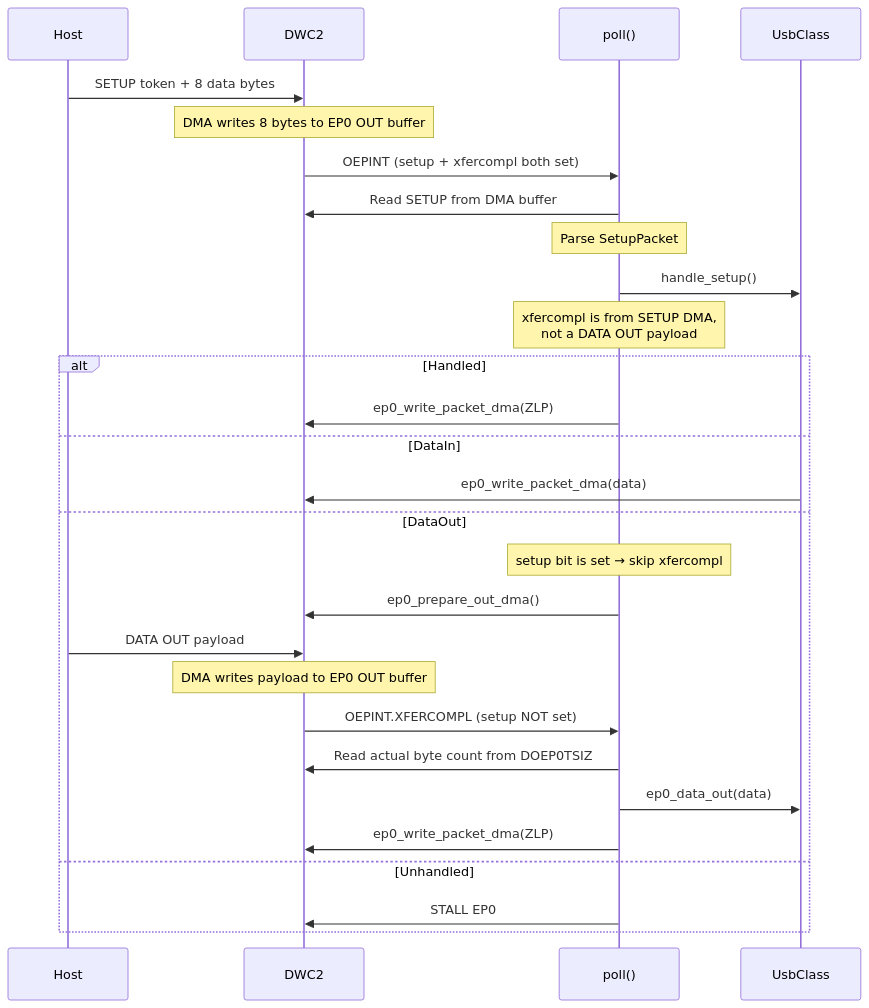
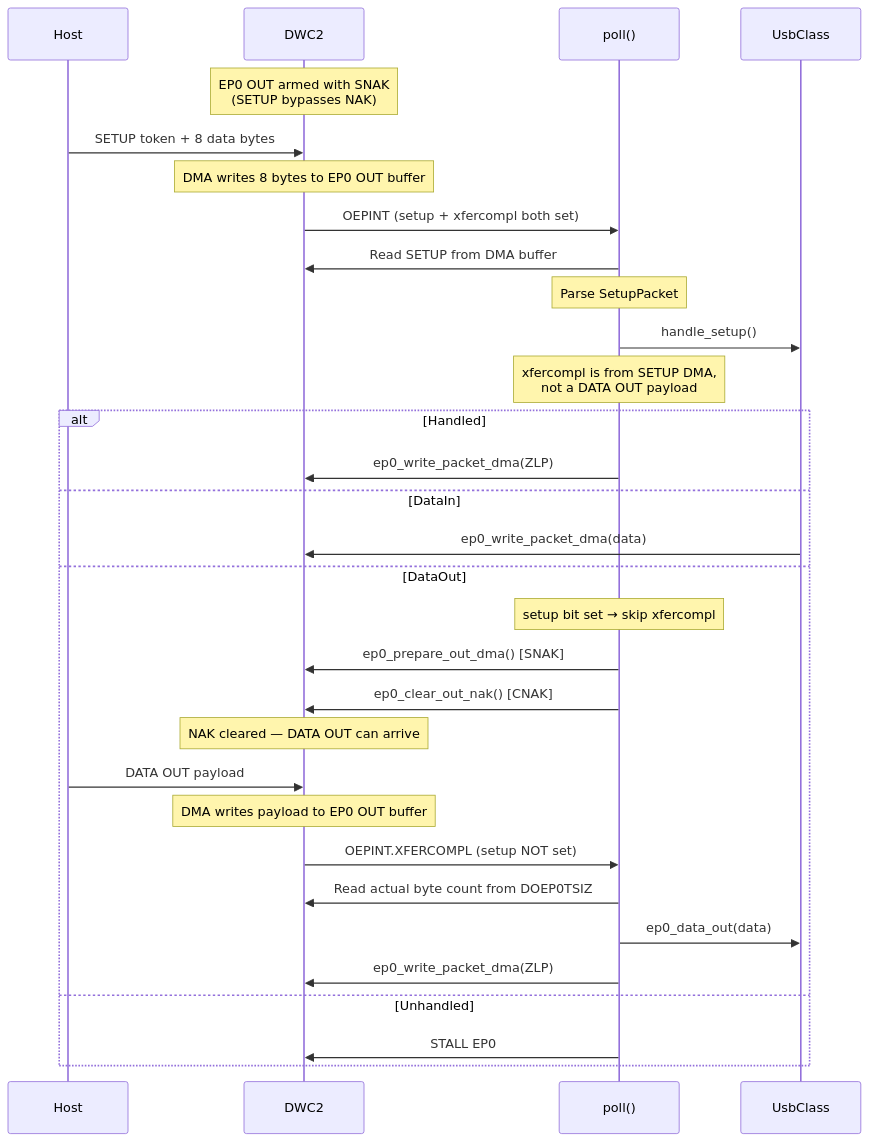
Before and after one commit to kromych/slstk3400a-blink-rs: the third of 7 diagrams in support/efm32hg322_usb/README.md, drawn with Mermaid. The commit also changed other lines of this file and 2 other files, not shown here.

Commit message:
fix dma and nack race, barriers

````diff
--- a/support/efm32hg322_usb/README.md
+++ b/support/efm32hg322_usb/README.md
@@ -93,34 +99,37 @@
 ```mermaid
 sequenceDiagram
     participant Host
     participant DWC2
     participant ISR as poll()
     participant Class as UsbClass
 
+    Note over DWC2: EP0 OUT armed with SNAK<br/>(SETUP bypasses NAK)
     Host->>DWC2: SETUP token + 8 data bytes
     Note over DWC2: DMA writes 8 bytes to EP0 OUT buffer
 
     DWC2->>ISR: OEPINT (setup + xfercompl both set)
     ISR->>DWC2: Read SETUP from DMA buffer
     Note over ISR: Parse SetupPacket
     ISR->>Class: handle_setup()
 
     Note over ISR: xfercompl is from SETUP DMA,<br/>not a DATA OUT payload
 
     alt Handled
         ISR->>DWC2: ep0_write_packet_dma(ZLP)
     else DataIn
         Class->>DWC2: ep0_write_packet_dma(data)
     else DataOut
-        Note over ISR: setup bit is set → skip xfercompl
-        ISR->>DWC2: ep0_prepare_out_dma()
+        Note over ISR: setup bit set → skip xfercompl
+        ISR->>DWC2: ep0_prepare_out_dma() [SNAK]
+        ISR->>DWC2: ep0_clear_out_nak() [CNAK]
+        Note over DWC2: NAK cleared — DATA OUT can arrive
         Host->>DWC2: DATA OUT payload
         Note over DWC2: DMA writes payload to EP0 OUT buffer
         DWC2->>ISR: OEPINT.XFERCOMPL (setup NOT set)
         ISR->>DWC2: Read actual byte count from DOEP0TSIZ
         ISR->>Class: ep0_data_out(data)
         ISR->>DWC2: ep0_write_packet_dma(ZLP)
     else Unhandled
         ISR->>DWC2: STALL EP0
     end
 ```
````
